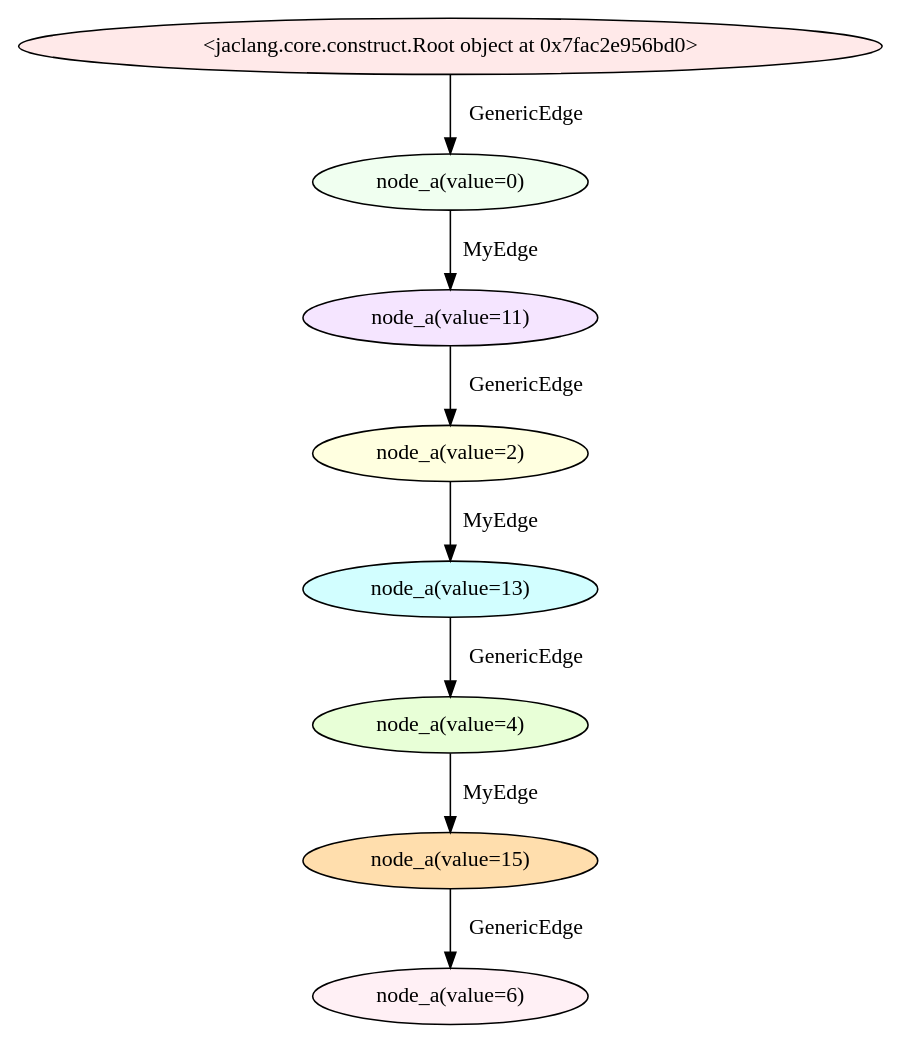
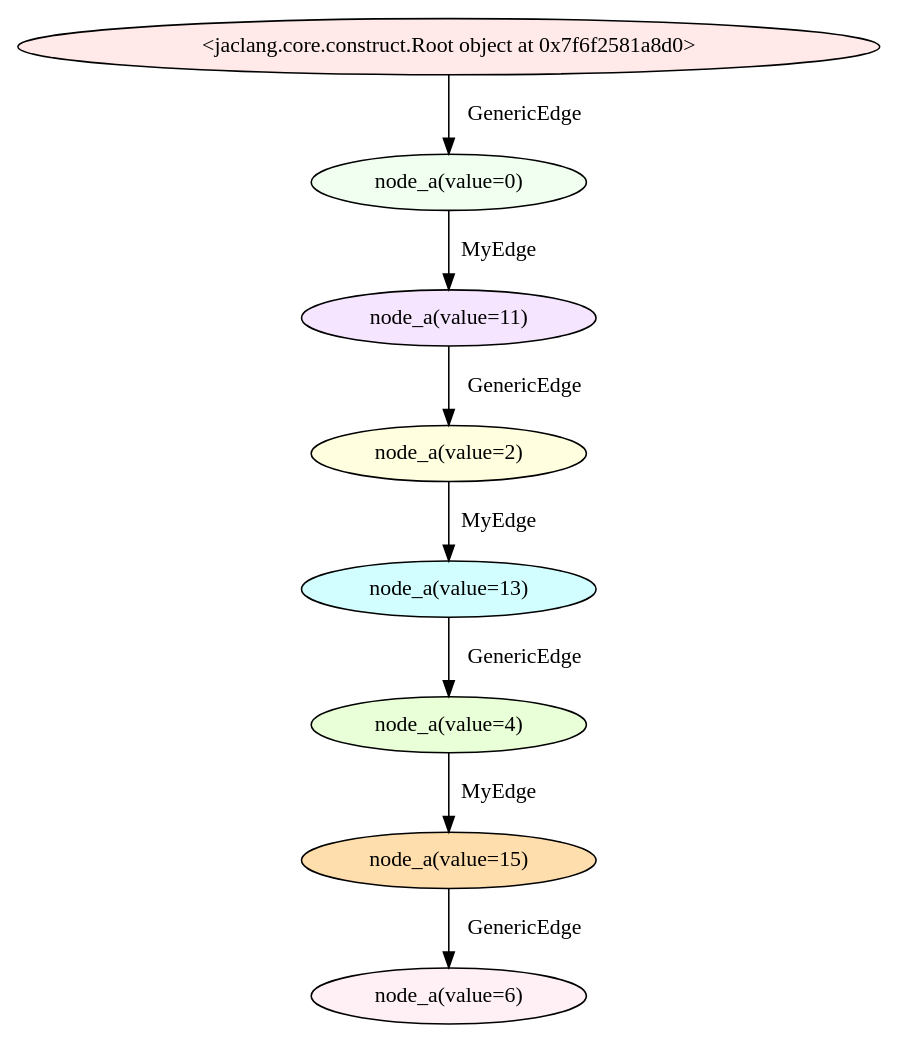
The diagram in connect_expressions.dot (Jaseci-Labs/jaseci), drawn with Graphviz before and after one commit. The commit also changed 7 other files, not shown here.

```diff
--- a/connect_expressions.dot
+++ b/connect_expressions.dot
@@ -1,18 +1,18 @@
 digraph {
 node [style="filled", shape="ellipse", fillcolor="invis", fontcolor="black"];
 0 -> 1  [label="GenericEdge "];
 1 -> 2  [label="MyEdge "];
 2 -> 3  [label="GenericEdge "];
 3 -> 4  [label="MyEdge "];
 4 -> 5  [label="GenericEdge "];
 5 -> 6  [label="MyEdge "];
 6 -> 7  [label="GenericEdge "];
-0 [label="<jaclang.core.construct.Root object at 0x7fac2e956bd0>" fillcolor="#FFE9E9"];
+0 [label="<jaclang.core.construct.Root object at 0x7f6f2581a8d0>" fillcolor="#FFE9E9"];
 1 [label="node_a(value=0)" fillcolor="#F0FFF0"];
 2 [label="node_a(value=11)" fillcolor="#F5E5FF"];
 3 [label="node_a(value=2)" fillcolor="#FFFFE0"];
 4 [label="node_a(value=13)" fillcolor="#D2FEFF "];
 5 [label="node_a(value=4)" fillcolor="#E8FFD7"];
 6 [label="node_a(value=15)" fillcolor="#FFDEAD"];
 7 [label="node_a(value=6)" fillcolor="#FFF0F5"];
 }
```
